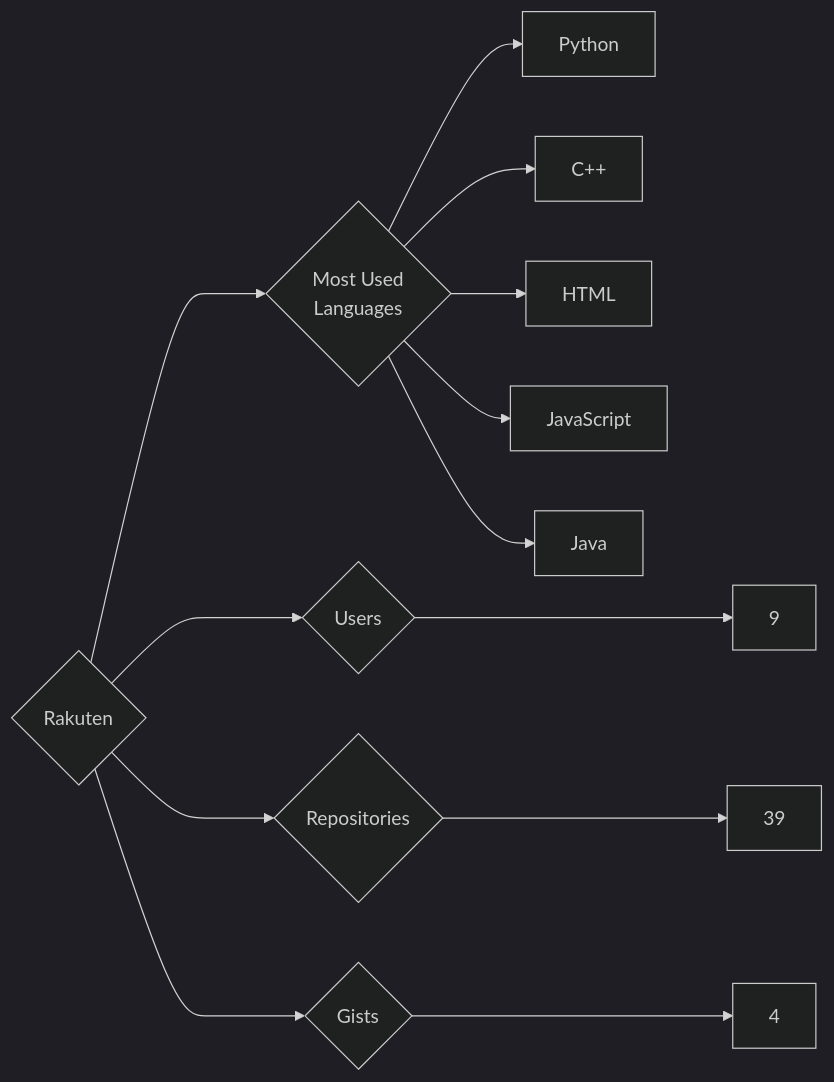
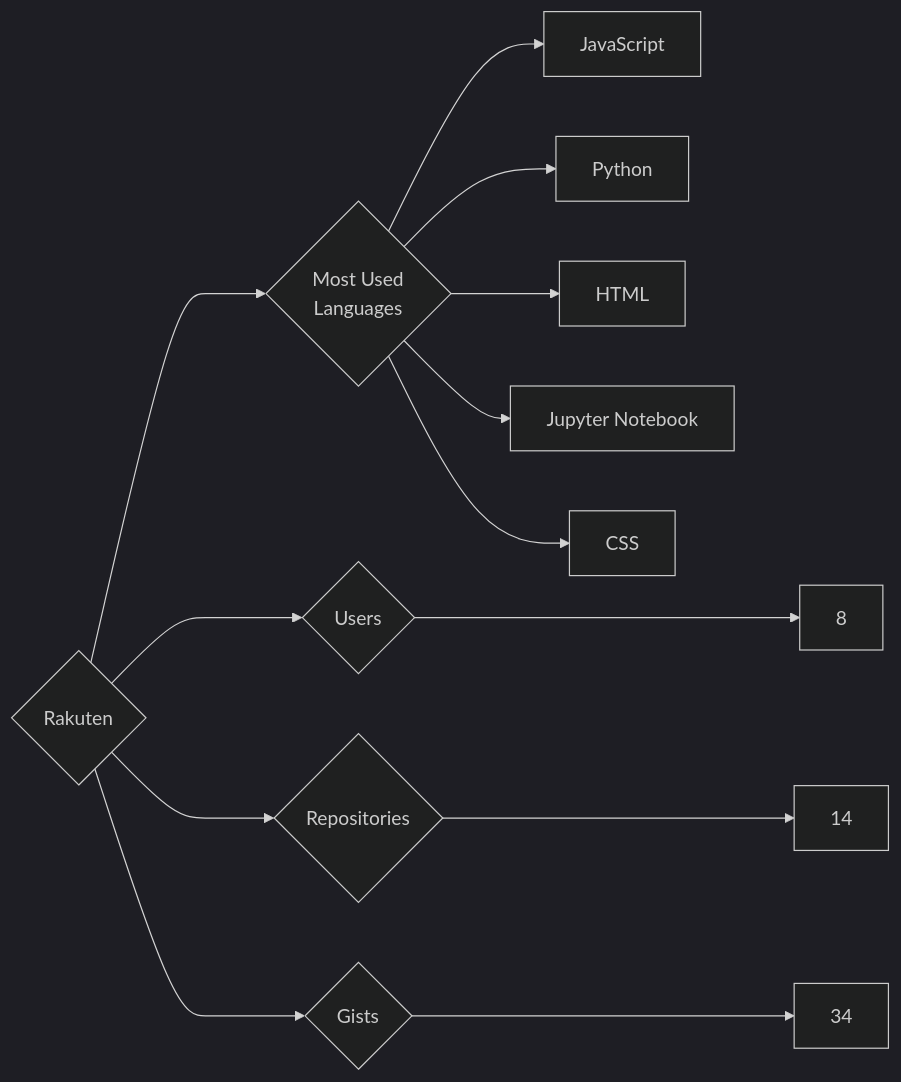
Before and after one commit to trickest/insiders: the diagram in targets/Rakuten/README.md, drawn with Mermaid (dark theme). The commit also changed 1496 other files, not shown here.

````diff
--- a/targets/Rakuten/README.md
+++ b/targets/Rakuten/README.md
@@ -3,13 +3,13 @@
 ```mermaid
 graph LR
 COMPANY_NAME{Rakuten}
-COMPANY_NAME ---> U{Users} ---> UN[9]
-COMPANY_NAME ---> R{Repositories} ---> RN[39]
-COMPANY_NAME ---> G{Gists} ---> GN[4]
+COMPANY_NAME ---> U{Users} ---> UN[8]
+COMPANY_NAME ---> R{Repositories} ---> RN[14]
+COMPANY_NAME ---> G{Gists} ---> GN[34]
 COMPANY_NAME ---> ML{Most Used<br>Languages}
+ML --> JavaScript[JavaScript]
 ML --> Python[Python]
-ML --> C++[C++]
 ML --> HTML[HTML]
-ML --> JavaScript[JavaScript]
-ML --> Java[Java]
+ML --> Jupyter_Notebook[Jupyter Notebook]
+ML --> CSS[CSS]
 ```
````
